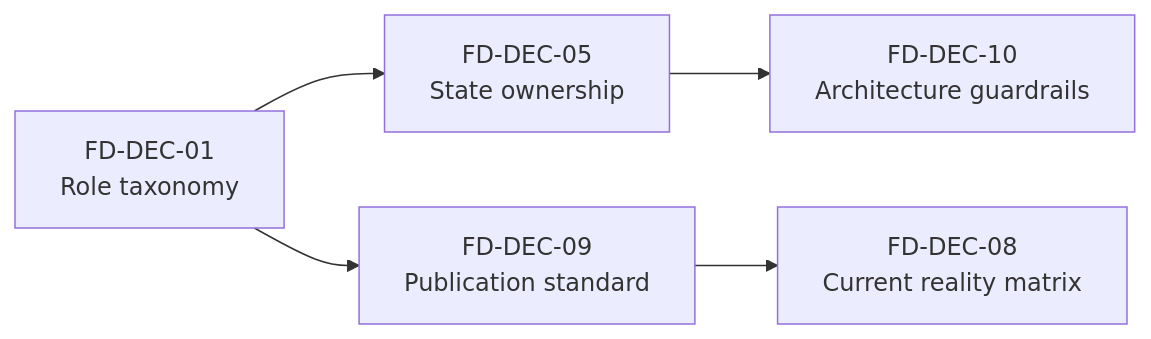
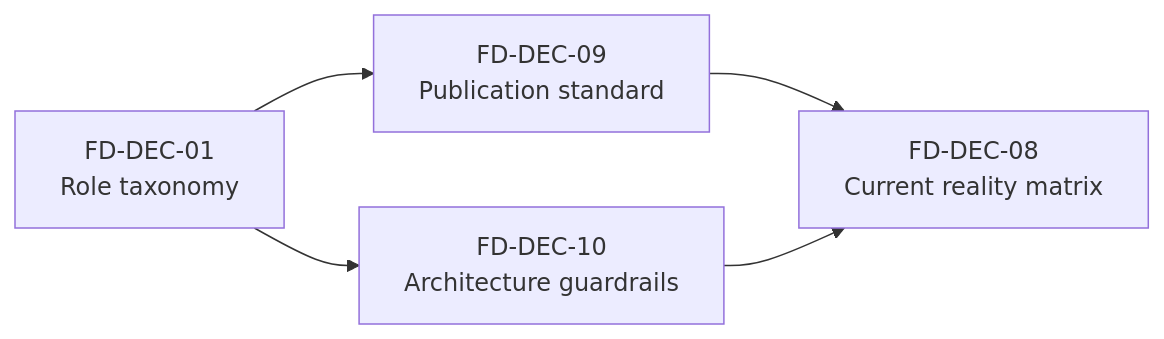
Before and after one commit to dunay2/dvt: the diagram in docs/architecture/frontend/review/frontend-coverage-map-and-open-decision-register.md, drawn with Mermaid. The commit also changed other lines of this file and 12 other files, not shown here.

````diff
--- a/docs/architecture/frontend/review/frontend-coverage-map-and-open-decision-register.md
+++ b/docs/architecture/frontend/review/frontend-coverage-map-and-open-decision-register.md
@@ -223,12 +228,11 @@
 ```mermaid
 flowchart LR
     D1[FD-DEC-01
-Role taxonomy] --> D5
-    D5[FD-DEC-05
-State ownership] --> D6[FD-DEC-10
+Role taxonomy] --> D6[FD-DEC-10
 Architecture guardrails]
     D1 --> D7[FD-DEC-09
 Publication standard]
     D7 --> D8[FD-DEC-08
 Current reality matrix]
+    D6 --> D8
 ```
````
